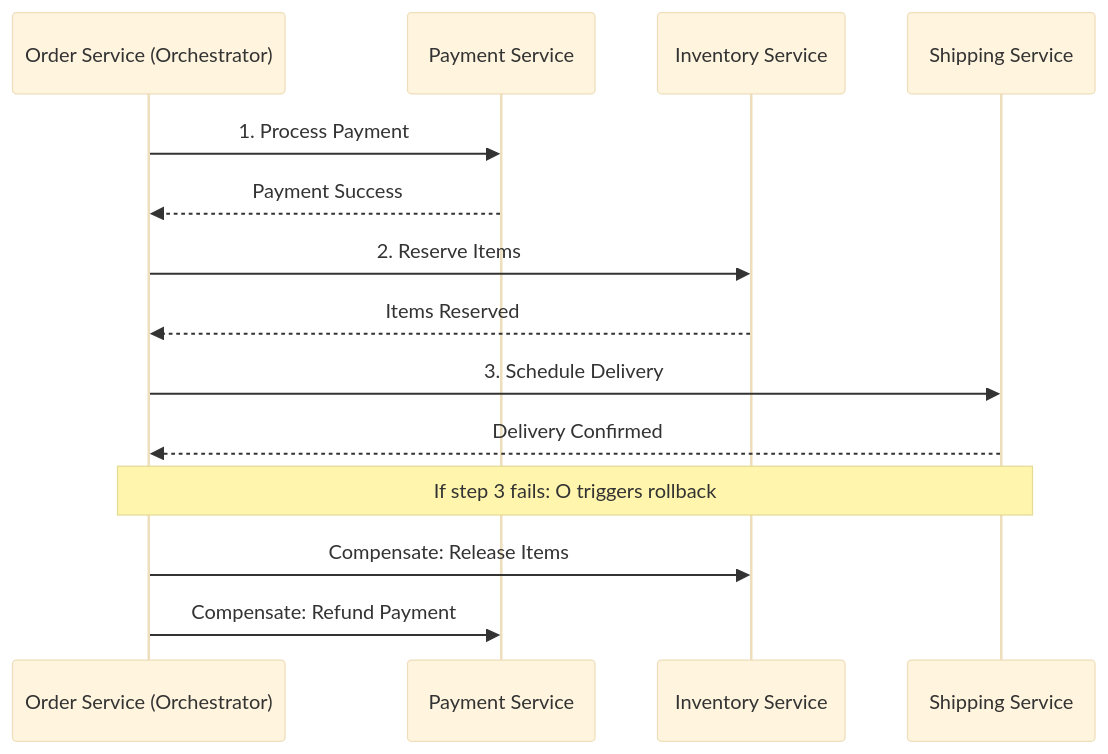
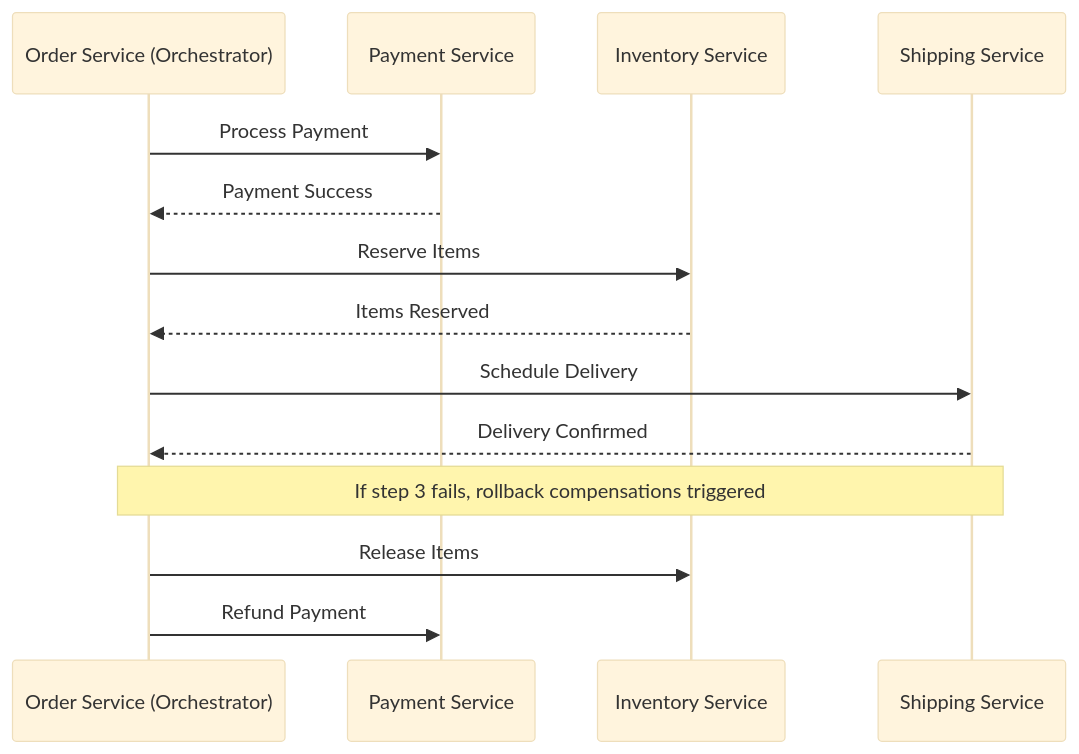
Before and after one commit to 83-TechWorld/interview-preparation: the fourth of 9 diagrams in ms-designpatterns/designpatterns.MD, drawn with Mermaid (base theme). The commit also changed other lines of this file and 2 other files, not shown here.

````diff
--- a/ms-designpatterns/designpatterns.MD
+++ b/ms-designpatterns/designpatterns.MD
@@ -467,18 +142,18 @@
 ```mermaid
 sequenceDiagram
     participant O as Order Service (Orchestrator)
     participant P as Payment Service
     participant I as Inventory Service
     participant S as Shipping Service
 
-    O->>P: 1. Process Payment
+    O->>P: Process Payment
     P-->>O: Payment Success
-    O->>I: 2. Reserve Items
+    O->>I: Reserve Items
     I-->>O: Items Reserved
-    O->>S: 3. Schedule Delivery
+    O->>S: Schedule Delivery
     S-->>O: Delivery Confirmed
-    
-    note over O,S: If step 3 fails: O triggers rollback
-    O->>I: Compensate: Release Items
-    O->>P: Compensate: Refund Payment
+
+    note over O,S: If step 3 fails, rollback compensations triggered
+    O->>I: Release Items
+    O->>P: Refund Payment
 ```
````
